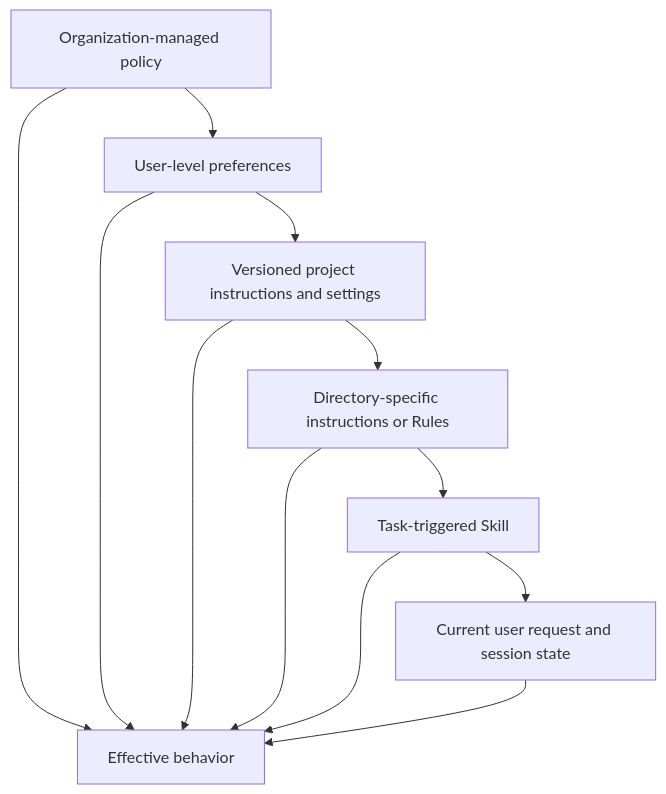
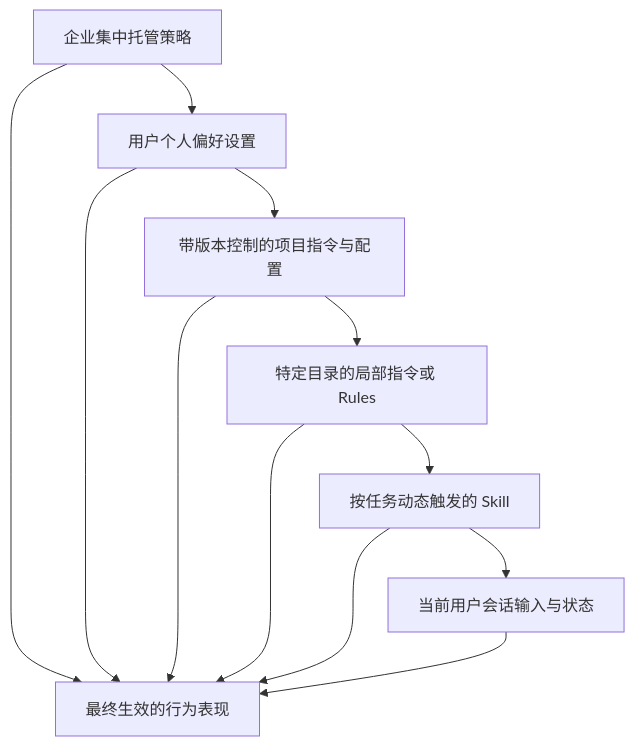
Before and after one commit to cluster1900/ai-engineering-from-scratch-zh: the first of 2 diagrams in certifications/claude/lessons/15-claude-code-for-development-teams/docs/en.md, drawn with Mermaid. The commit also changed other lines of this file and 187 other files, not shown here.

````diff
--- a/certifications/claude/lessons/15-claude-code-for-development-teams/docs/en.md
+++ b/certifications/claude/lessons/15-claude-code-for-development-teams/docs/en.md
@@ -33,14 +35,14 @@
 ```mermaid
 flowchart TB
-    Managed[Organization-managed policy] --> User[User-level preferences]
-    User --> Project[Versioned project instructions and settings]
-    Project --> Directory[Directory-specific instructions or Rules]
-    Directory --> Skill[Task-triggered Skill]
-    Skill --> Session[Current user request and session state]
-    Managed --> Effective[Effective behavior]
+    Managed[企业集中托管策略] --> User[用户个人偏好设置]
+    User --> Project[带版本控制的项目指令与配置]
+    Project --> Directory[特定目录的局部指令或 Rules]
+    Directory --> Skill[按任务动态触发的 Skill]
+    Skill --> Session[当前用户会话输入与状态]
+    Managed --> Effective[最终生效的行为表现]
     User --> Effective
     Project --> Effective
     Directory --> Effective
     Skill --> Effective
     Session --> Effective
 ```
````
